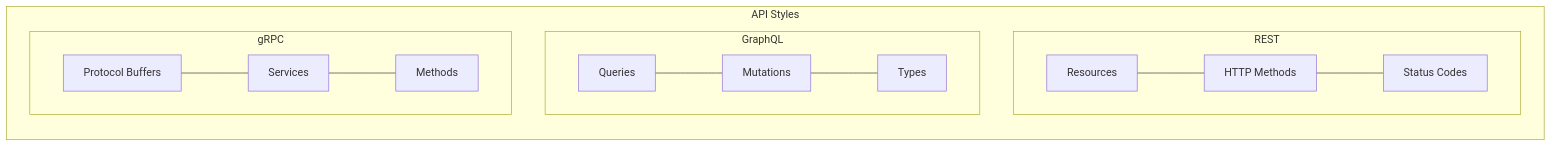
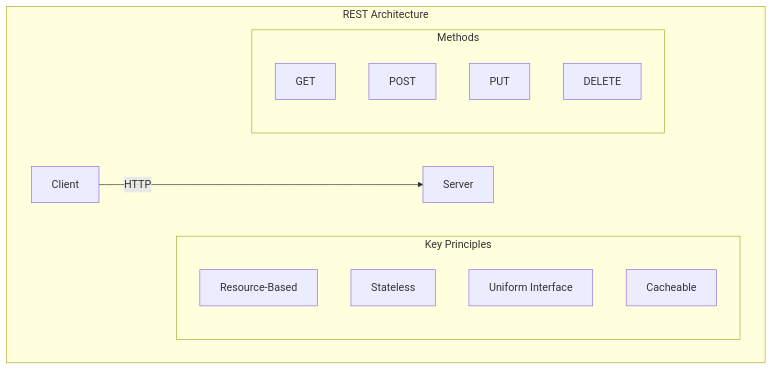
The second of 6 diagrams in src/API_Design_Concepts.md (saravanakumarrc/Architecture_Journey), drawn with Mermaid before and after one commit. The commit also changed other lines of this file and 4 other files, not shown here.

First line of the commit message:
Refactor Serverless Architecture Patterns and Testing Best Practices documentation

````diff
--- a/src/API_Design_Concepts.md
+++ b/src/API_Design_Concepts.md
@@ -3,30 +33,20 @@
 ```mermaid
 graph TB
-    subgraph "API Styles"
-        direction TB
+    subgraph "REST Architecture"
+        C[Client] --> |HTTP| S[Server]
         
-        subgraph "REST"
-            R1[Resources]
-            R2[HTTP Methods]
-            R3[Status Codes]
-            R1 --- R2
-            R2 --- R3
+        subgraph "Key Principles"
+            R[Resource-Based]
+            ST[Stateless]
+            U[Uniform Interface]
+            CA[Cacheable]
         end
         
-        subgraph "GraphQL"
-            G1[Queries]
-            G2[Mutations]
-            G3[Types]
-            G1 --- G2
-            G2 --- G3
-        end
-        
-        subgraph "gRPC"
-            P1[Protocol Buffers]
-            P2[Services]
-            P3[Methods]
-            P1 --- P2
-            P2 --- P3
+        subgraph "Methods"
+            GET
+            POST
+            PUT
+            DELETE
         end
     end
 ```
````
